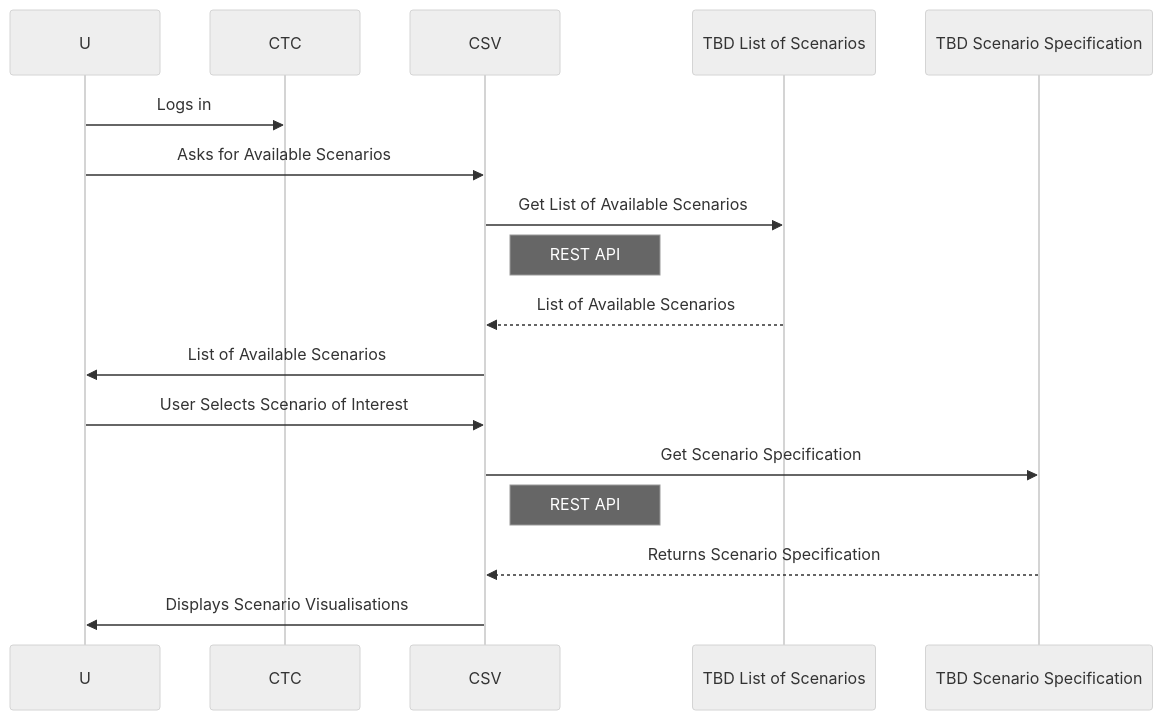
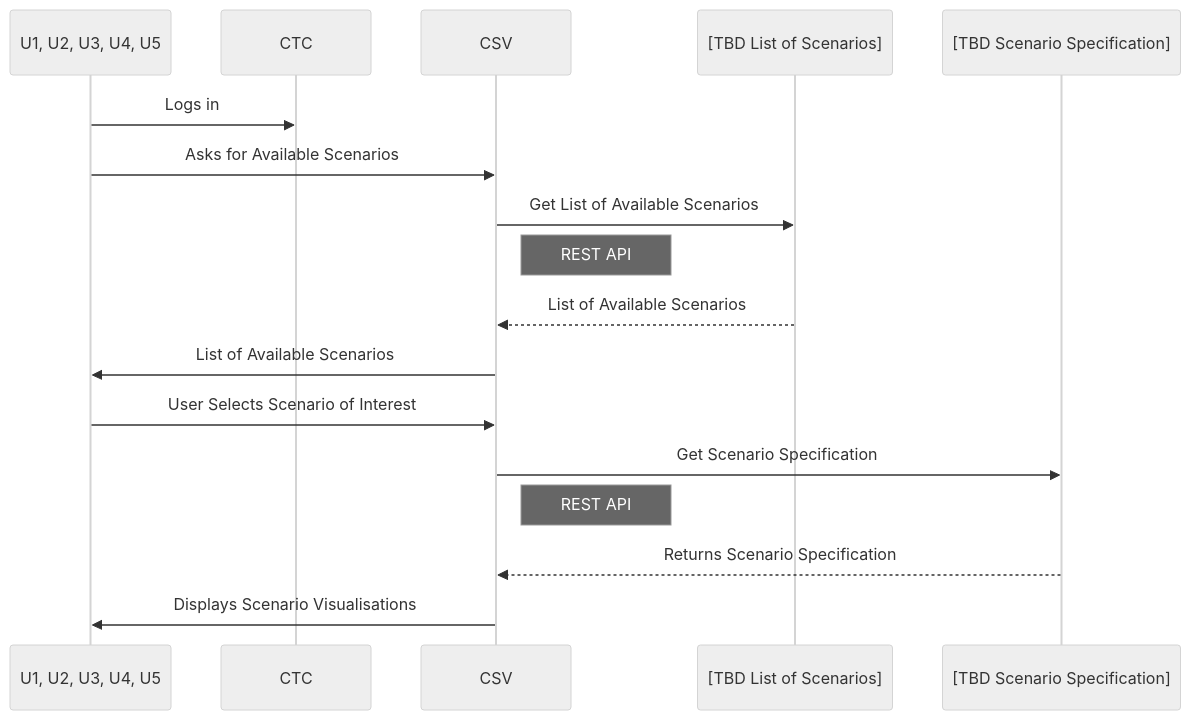
Before and after one commit to mactsouk/UC-mermaid: the diagram in UC-A-04.md, drawn with Mermaid (neutral theme). The commit also changed 3 other files, not shown here.

````diff
--- a/UC-A-04.md
+++ b/UC-A-04.md
@@ -3,21 +3,21 @@
 ```mermaid
 sequenceDiagram
-    participant U
+    participant U as U1, U2, U3, U4, U5
     participant CTC
     participant CSV
-    participant TBD1 as TBD List of Scenarios
-    participant TBD2 as TBD Scenario Specification
+    participant TBD1 as [TBD List of Scenarios]
+    participant TBD2 as [TBD Scenario Specification]
 
     U->>CTC: Logs in
     U->>CSV: Asks for Available Scenarios
     CSV->>TBD1: Get List of Available Scenarios
     Note right of CSV: REST API
     TBD1-->>CSV: List of Available Scenarios
     CSV->>U: List of Available Scenarios
     U->>CSV: User Selects Scenario of Interest
     CSV->>TBD2: Get Scenario Specification
     Note right of CSV: REST API
     TBD2-->>CSV: Returns Scenario Specification
 
     CSV->>U: Displays Scenario Visualisations
 ```
````
